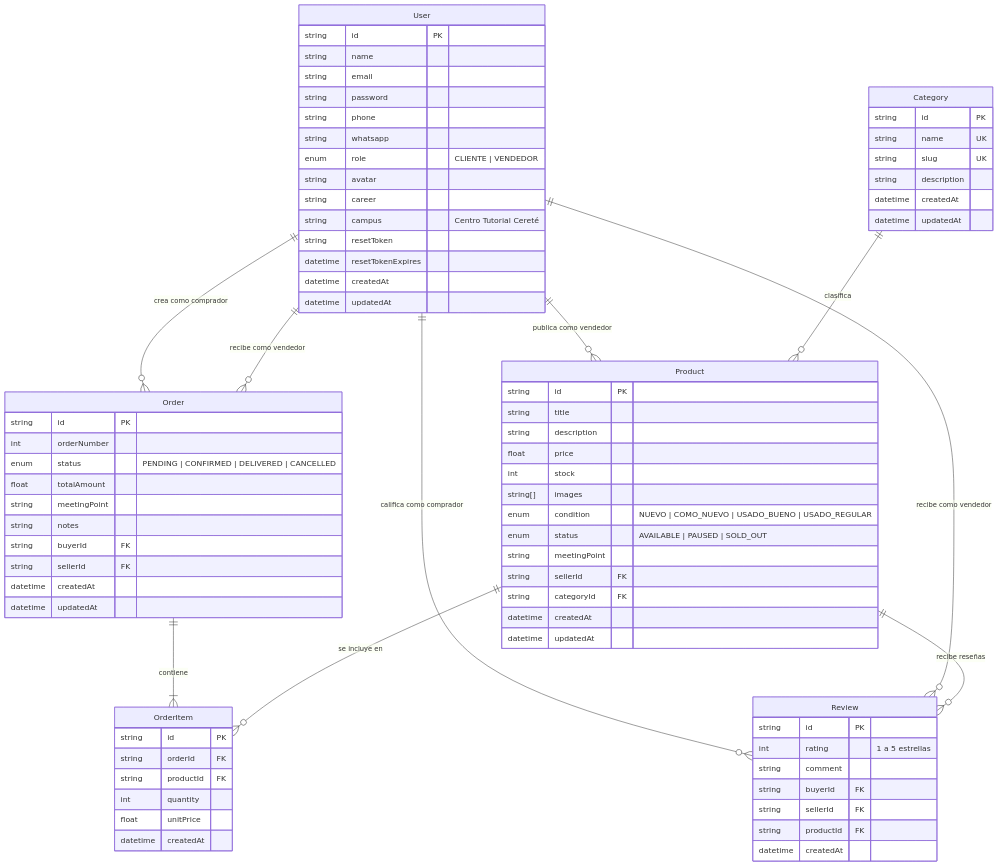
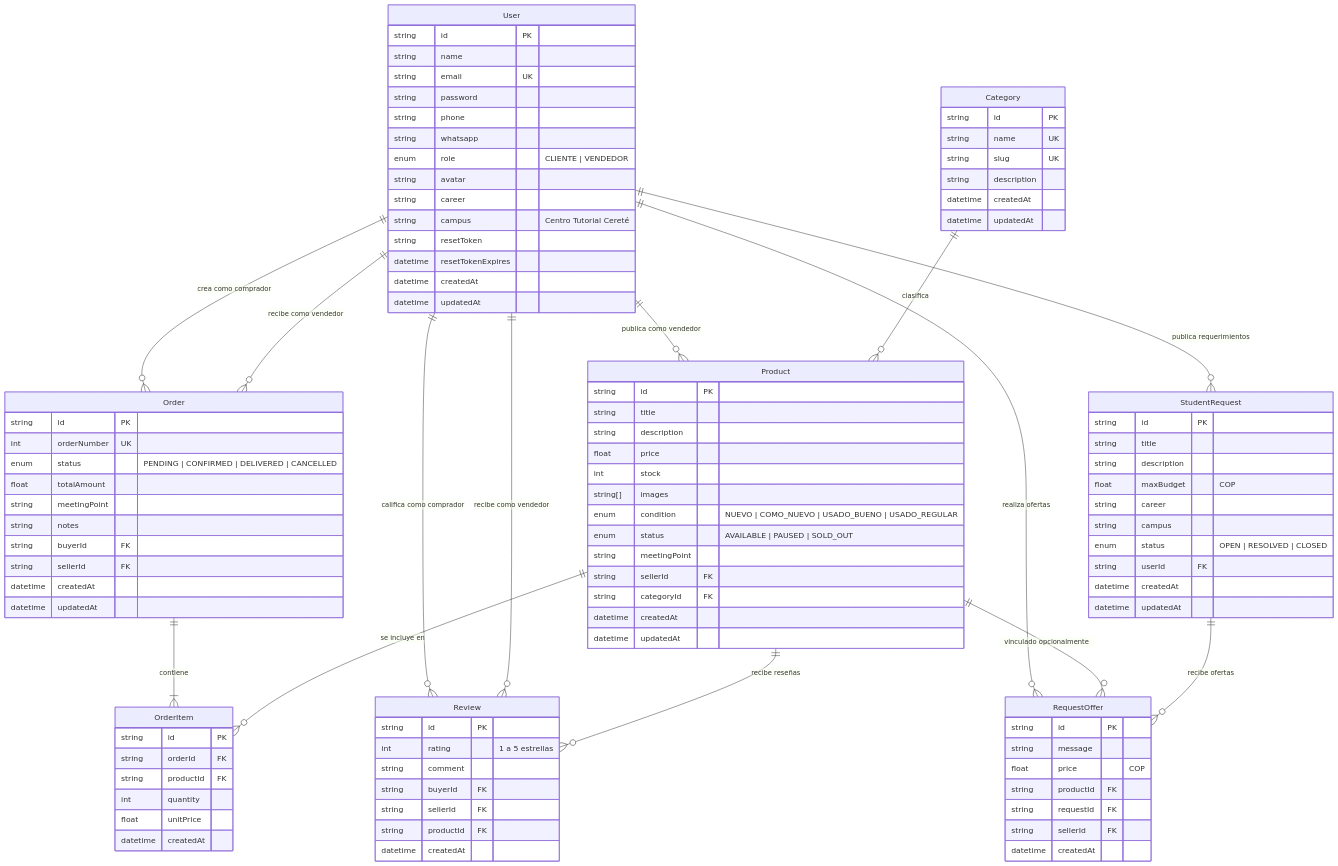
The second of 7 diagrams in README.md (Richard-zip/ecomerce-backend), drawn with Mermaid before and after one commit. The commit also changed other lines of this file, not shown here.

Commit message:
Implement feature X to enhance user experience and fix bug Y in module Z

````diff
--- a/README.md
+++ b/README.md
@@ -127,15 +181,20 @@
     User ||--o{ Order : "recibe como vendedor"
     User ||--o{ Review : "califica como comprador"
     User ||--o{ Review : "recibe como vendedor"
+    User ||--o{ StudentRequest : "publica requerimientos"
+    User ||--o{ RequestOffer : "realiza ofertas"
+
     Category ||--o{ Product : "clasifica"
     Order ||--|{ OrderItem : "contiene"
     Product ||--o{ OrderItem : "se incluye en"
     Product ||--o{ Review : "recibe reseñas"
+    Product ||--o{ RequestOffer : "vinculado opcionalmente"
+    StudentRequest ||--o{ RequestOffer : "recibe ofertas"
 
     User {
         string id PK
         string name
-        string email
+        string email UK
         string password
         string phone
         string whatsapp
@@ -176,7 +235,7 @@
 
     Order {
         string id PK
-        int orderNumber
+        int orderNumber UK
         enum status "PENDING | CONFIRMED | DELIVERED | CANCELLED"
         float totalAmount
         string meetingPoint
@@ -205,4 +264,27 @@
         string productId FK
         datetime createdAt
     }
+
+    StudentRequest {
+        string id PK
+        string title
+        string description
+        float maxBudget "COP"
+        string career
+        string campus
+        enum status "OPEN | RESOLVED | CLOSED"
+        string userId FK
+        datetime createdAt
+        datetime updatedAt
+    }
+
+    RequestOffer {
+        string id PK
+        string message
+        float price "COP"
+        string productId FK
+        string requestId FK
+        string sellerId FK
+        datetime createdAt
+    }
 ```
````
